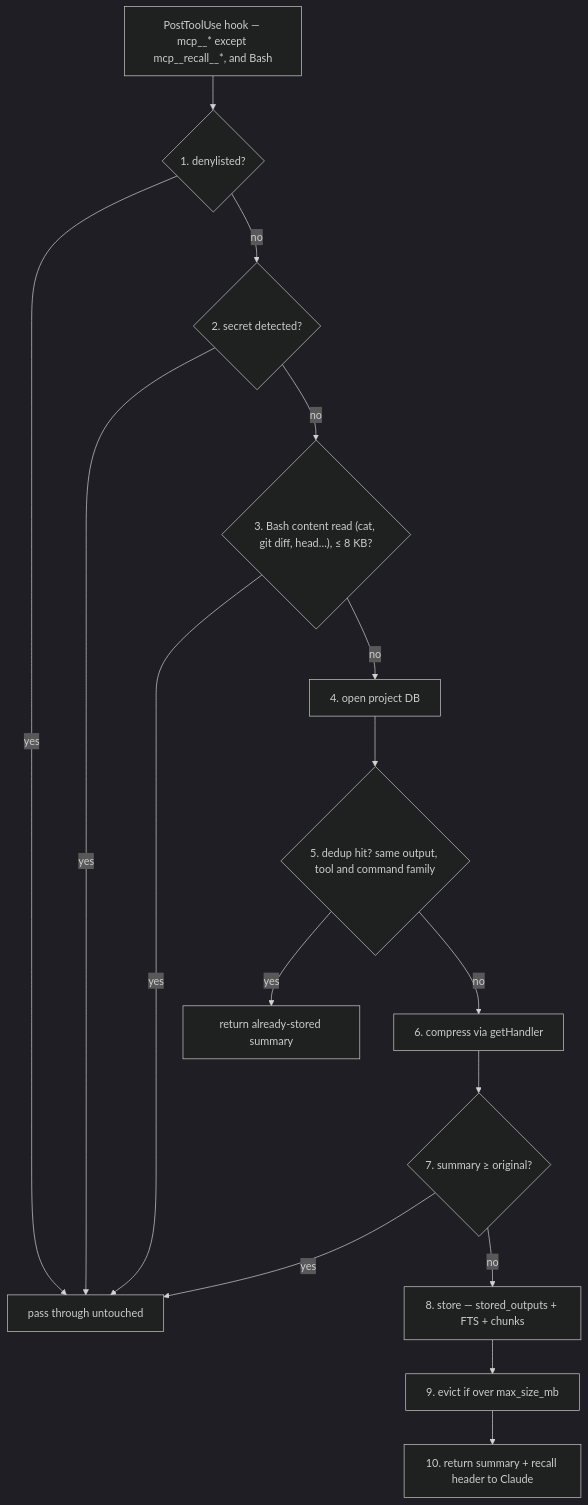
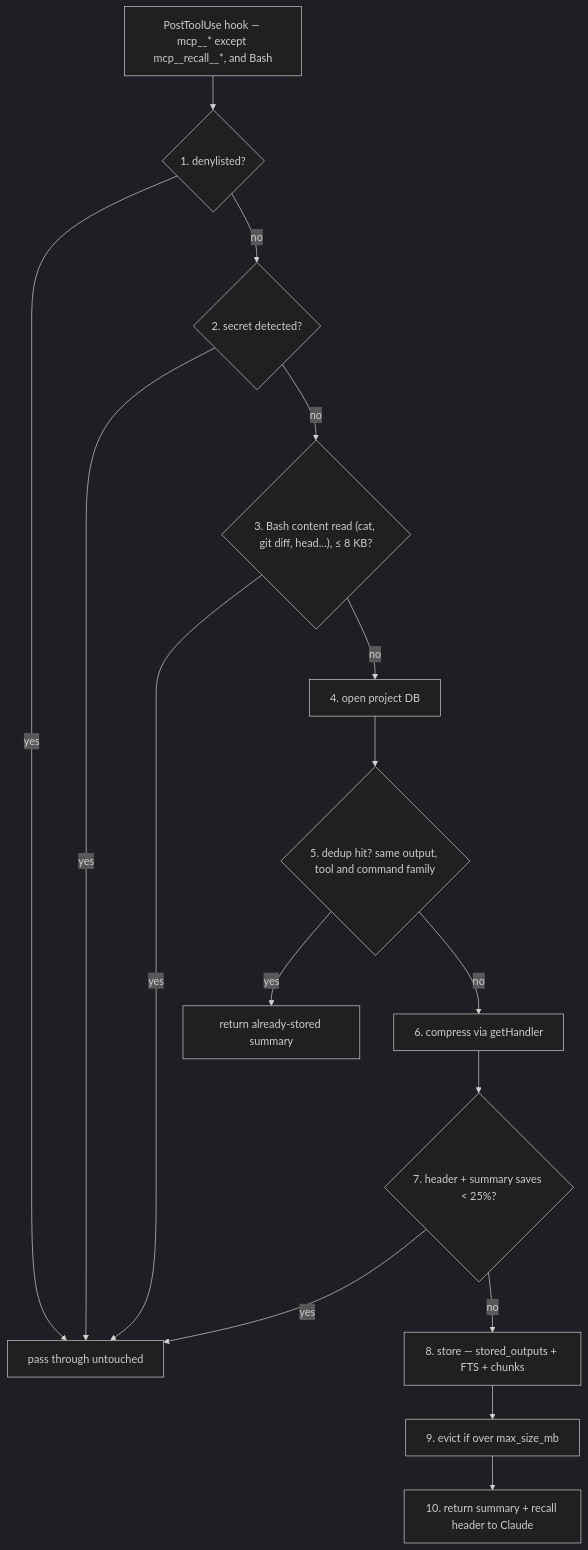
Before and after one commit to sakebomb/mcp-recall: the diagram in docs/architecture.md, drawn with Mermaid (dark theme). The commit also changed other lines of this file and 7 other files, not shown here.

````diff
--- a/docs/architecture.md
+++ b/docs/architecture.md
@@ -54,18 +54,18 @@
 ```mermaid
 flowchart TD
     H["PostToolUse hook — mcp__* except mcp__recall__*, and Bash"] --> S1
     S1{"1. denylisted?"} -->|yes| PASS["pass through untouched"]
     S1 -->|no| S2{"2. secret detected?"}
     S2 -->|yes| PASS
     S2 -->|no| S3{"3. Bash content read (cat, git diff, head…), ≤ 8 KB?"}
     S3 -->|yes| PASS
     S3 -->|no| S4["4. open project DB"]
     S4 --> S5{"5. dedup hit? same output, tool and command family"}
     S5 -->|yes| CACHE["return already-stored summary"]
     S5 -->|no| S6["6. compress via getHandler"]
-    S6 --> S7{"7. summary ≥ original?"}
+    S6 --> S7{"7. header + summary saves < 25%?"}
     S7 -->|yes| PASS
     S7 -->|no| S8["8. store — stored_outputs + FTS + chunks"]
     S8 --> S9["9. evict if over max_size_mb"]
     S9 --> S10["10. return summary + recall header to Claude"]
 ```
````
